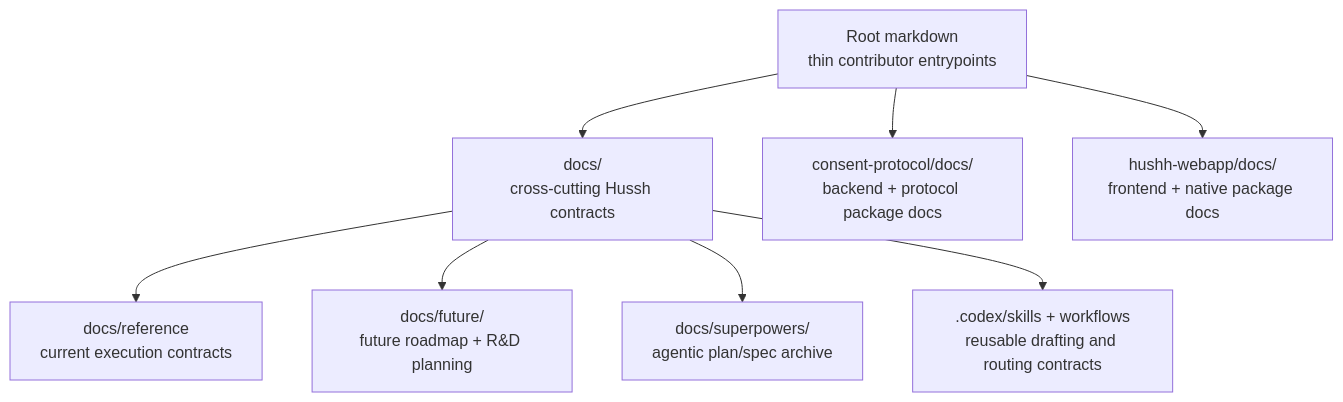
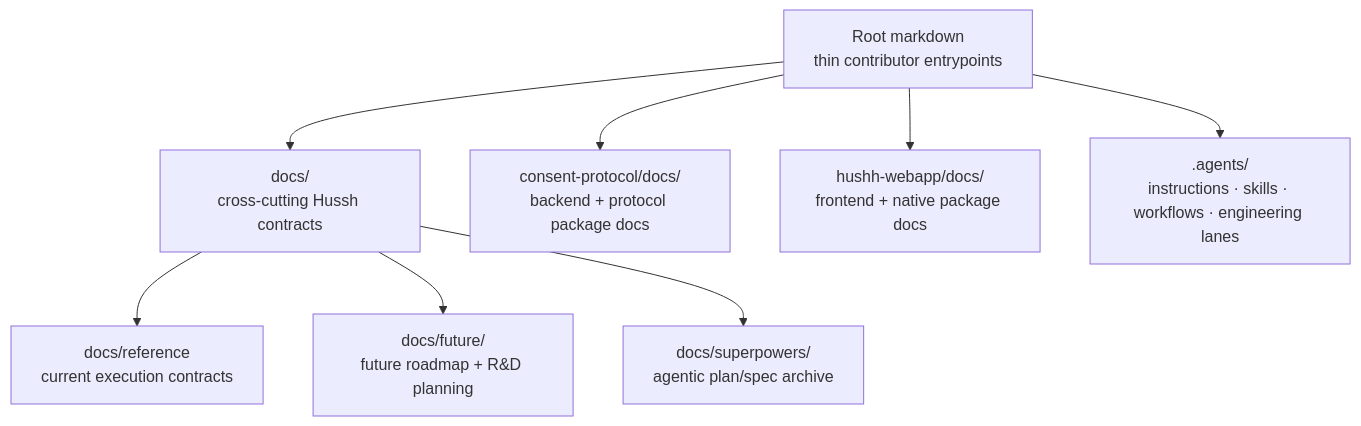
One commit to hushh-labs/hushh-research changed the diagram in docs/reference/operations/documentation-architecture-map.md. Above: the diagram before and after it, drawn with Mermaid. The commit also changed other lines of this file and 755 other files, not shown here.

````diff
--- a/docs/reference/operations/documentation-architecture-map.md
+++ b/docs/reference/operations/documentation-architecture-map.md
@@ -5,19 +5,19 @@
 ```mermaid
 flowchart TB
   root["Root markdown<br/>thin contributor entrypoints"]
   cross["docs/<br/>cross-cutting Hussh contracts"]
   reference["docs/reference<br/>current execution contracts"]
   future["docs/future/<br/>future roadmap + R&D planning"]
   superpowers["docs/superpowers/<br/>agentic plan/spec archive"]
   protocol["consent-protocol/docs/<br/>backend + protocol package docs"]
   webapp["hushh-webapp/docs/<br/>frontend + native package docs"]
-  skills[".codex/skills + workflows<br/>reusable drafting and routing contracts"]
+  skills[".agents/<br/>instructions · skills · workflows · engineering lanes"]
 
   root --> cross
   cross --> reference
   cross --> future
   cross --> superpowers
   root --> protocol
   root --> webapp
-  cross --> skills
+  root --> skills
 ```
````
